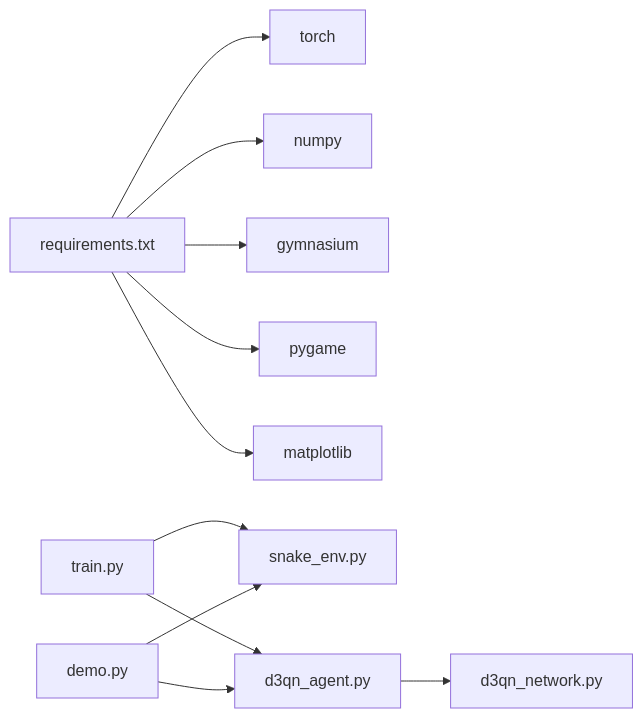
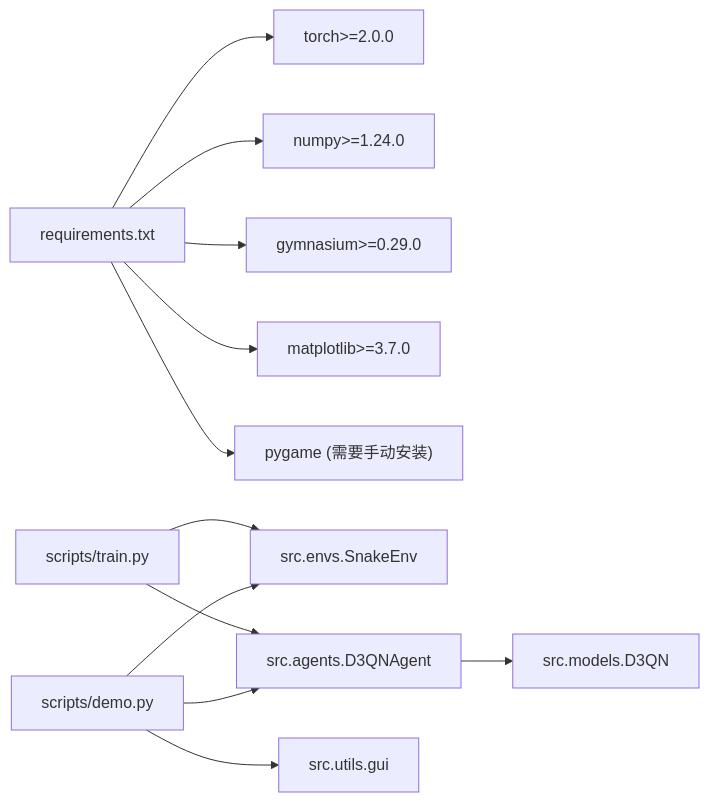
The third of 3 diagrams in .qoder/repowiki/zh/content/项目概述/项目概述.md (fuweiq94-cloud/3399180760000), drawn with Mermaid before and after one commit. The commit also changed other lines of this file and 75 other files, not shown here.

````diff
--- a/.qoder/repowiki/zh/content/项目概述/项目概述.md
+++ b/.qoder/repowiki/zh/content/项目概述/项目概述.md
@@ -265,13 +189,14 @@
 ```mermaid
 graph LR
-R["requirements.txt"] --> T["torch"]
-R --> N["numpy"]
-R --> G["gymnasium"]
-R --> P["pygame"]
-R --> M["matplotlib"]
-TR["train.py"] --> SE["snake_env.py"]
-TR --> AG["d3qn_agent.py"]
-AG --> NW["d3qn_network.py"]
-DM["demo.py"] --> SE
-DM --> AG
+A["requirements.txt"] --> B["torch>=2.0.0"]
+A --> C["numpy>=1.24.0"]
+A --> D["gymnasium>=0.29.0"]
+A --> E["matplotlib>=3.7.0"]
+A --> F["pygame (需要手动安装)"]
+G["scripts/train.py"] --> H["src.envs.SnakeEnv"]
+G --> I["src.agents.D3QNAgent"]
+I --> J["src.models.D3QN"]
+K["scripts/demo.py"] --> H
+K --> I
+K --> L["src.utils.gui"]
 ```
````
